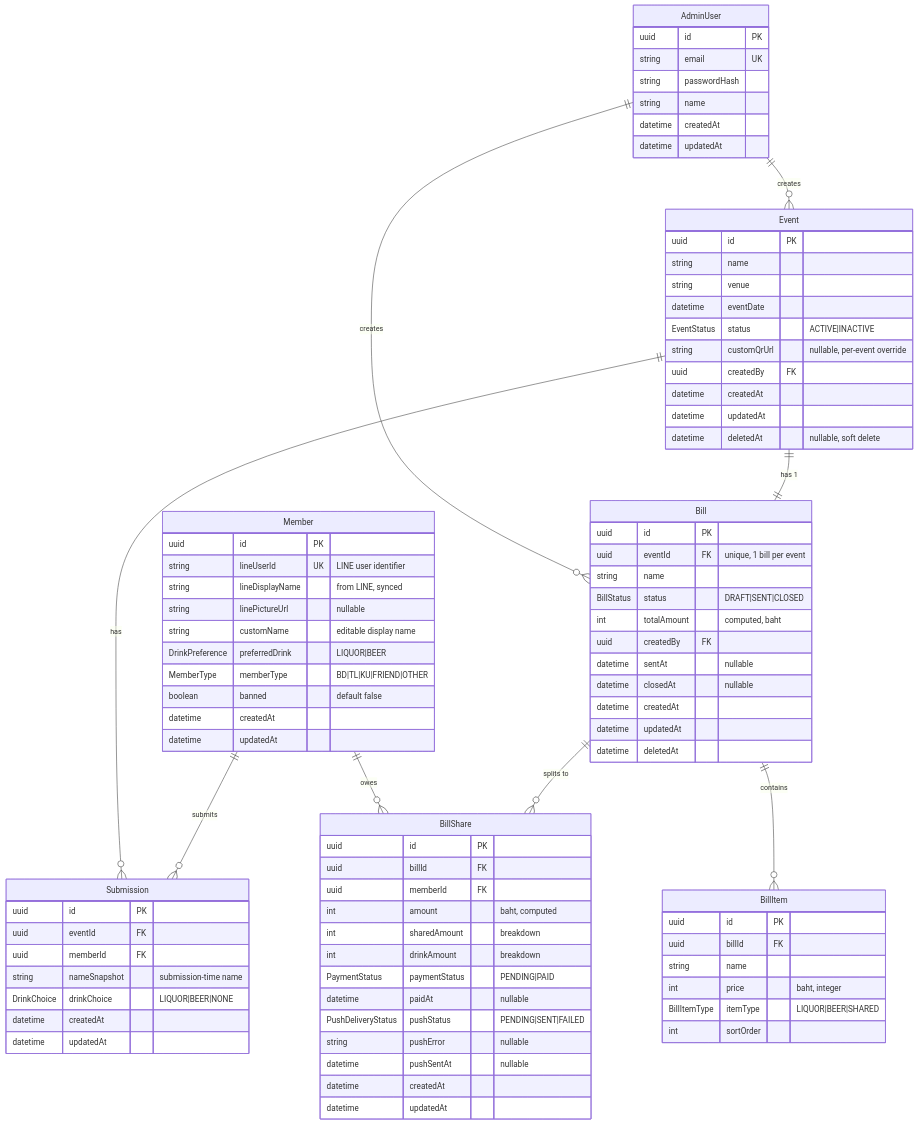
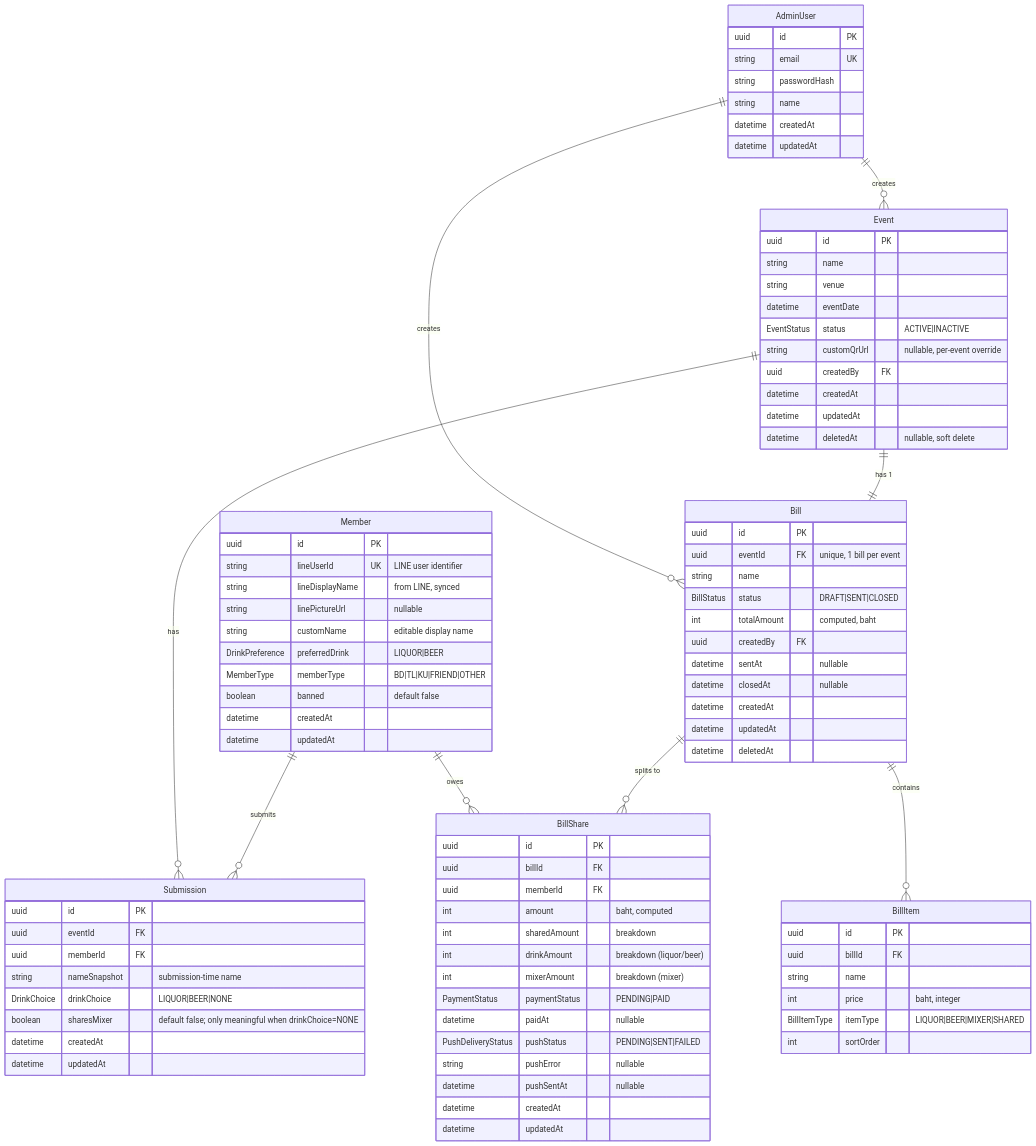
Before and after one commit to chankarn/MaoLeaw: the second of 2 diagrams in docs/SA_BLUEPRINT.md, drawn with Mermaid. The commit also changed other lines of this file and 8 other files, not shown here.

```diff
--- a/docs/SA_BLUEPRINT.md
+++ b/docs/SA_BLUEPRINT.md
@@ -113,6 +113,7 @@
     uuid memberId FK
     string nameSnapshot "submission-time name"
     DrinkChoice drinkChoice "LIQUOR|BEER|NONE"
+    boolean sharesMixer "default false; only meaningful when drinkChoice=NONE"
     datetime createdAt
     datetime updatedAt
   }
@@ -136,7 +137,7 @@
     uuid billId FK
     string name
     int price "baht, integer"
-    BillItemType itemType "LIQUOR|BEER|SHARED"
+    BillItemType itemType "LIQUOR|BEER|MIXER|SHARED"
     int sortOrder
   }
 
@@ -146,7 +147,8 @@
     uuid memberId FK
     int amount "baht, computed"
     int sharedAmount "breakdown"
-    int drinkAmount "breakdown"
+    int drinkAmount "breakdown (liquor/beer)"
+    int mixerAmount "breakdown (mixer)"
     PaymentStatus paymentStatus "PENDING|PAID"
     datetime paidAt "nullable"
     PushDeliveryStatus pushStatus "PENDING|SENT|FAILED"
```
